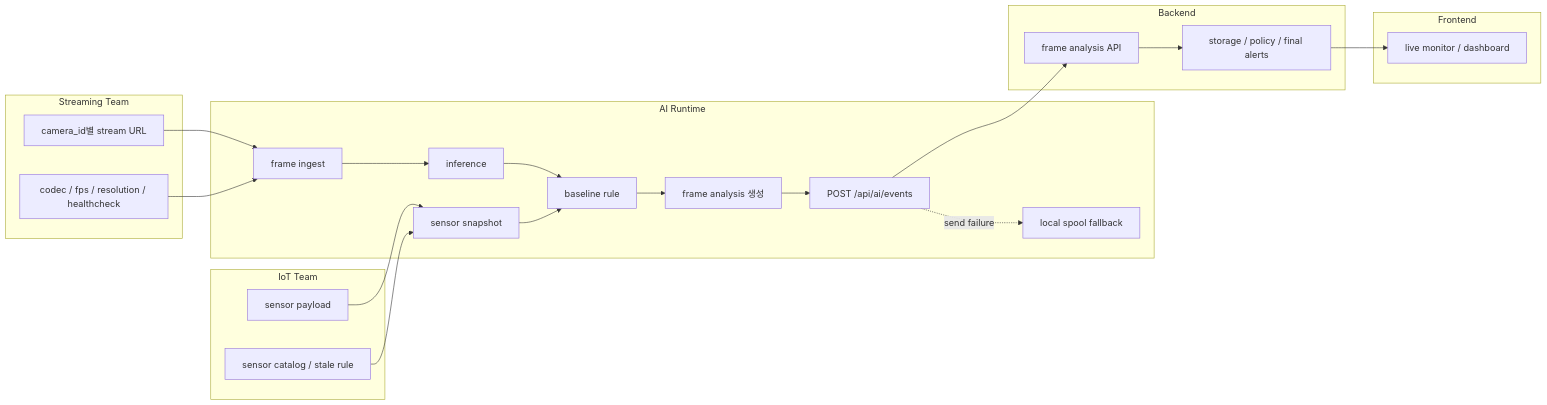
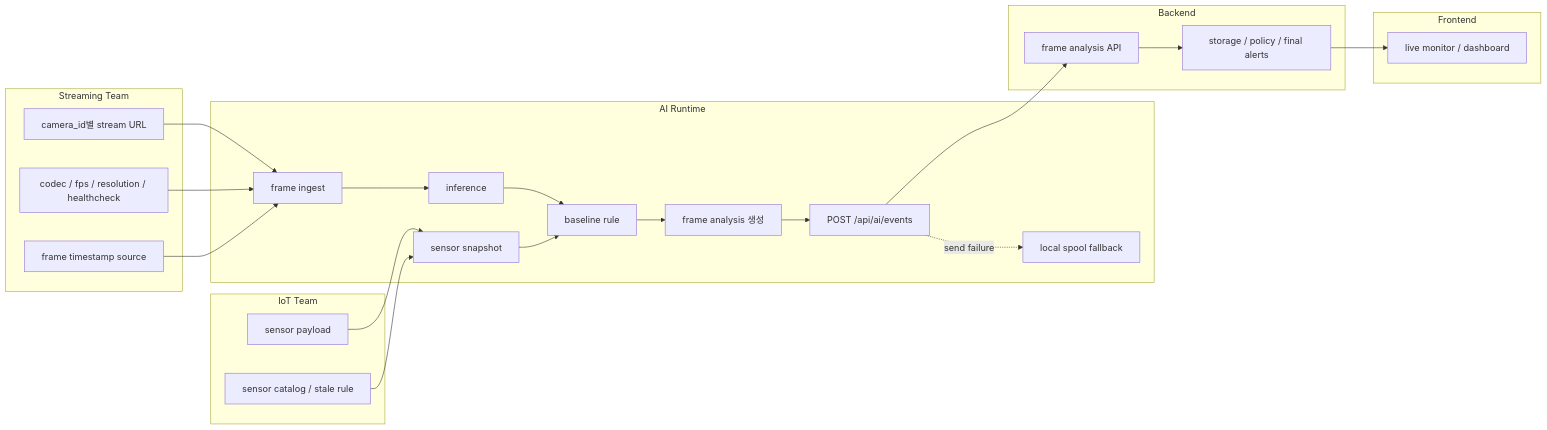
Before and after one commit to Capstone-Bug24/be-ai-endpoint: the diagram in docs/shared/architecture.md, drawn with Mermaid. The commit also changed other lines of this file and 9 other files, not shown here.

Commit message:
feat: mark frame timestamp source

````diff
--- a/docs/shared/architecture.md
+++ b/docs/shared/architecture.md
@@ -5,42 +5,44 @@
 ```mermaid
 flowchart LR
     subgraph Streaming["Streaming Team"]
         S1["camera_id별 stream URL"]
         S2["codec / fps / resolution / healthcheck"]
+        S3["frame timestamp source"]
     end
 
     subgraph IoT["IoT Team"]
         I1["sensor payload"]
         I2["sensor catalog / stale rule"]
     end
 
     subgraph AI["AI Runtime"]
         A1["frame ingest"]
         A2["inference"]
         A3["sensor snapshot"]
         A4["baseline rule"]
         A5["frame analysis 생성"]
         A6["POST /api/ai/events"]
         A7["local spool fallback"]
         A1 --> A2 --> A4 --> A5 --> A6
         A3 --> A4
         A6 -. "send failure" .-> A7
     end
 
     subgraph Backend["Backend"]
         B1["frame analysis API"]
         B2["storage / policy / final alerts"]
         B1 --> B2
     end
 
     subgraph Frontend["Frontend"]
         F1["live monitor / dashboard"]
     end
 
     S1 --> A1
     S2 --> A1
+    S3 --> A1
     I1 --> A3
     I2 --> A3
     A6 --> B1
     B2 --> F1
 ```
````
